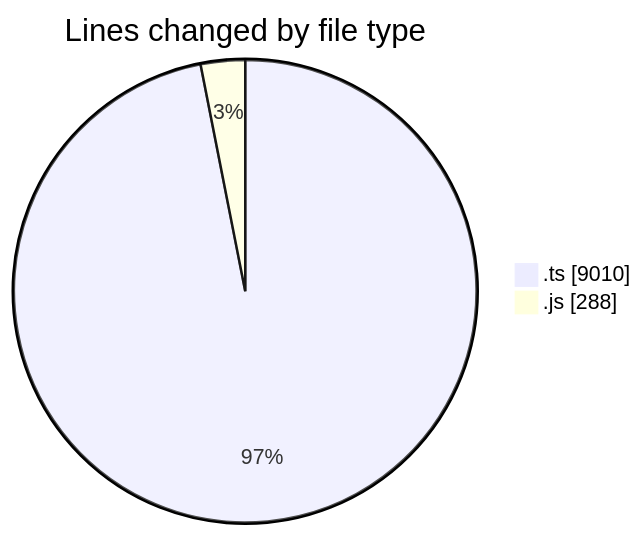
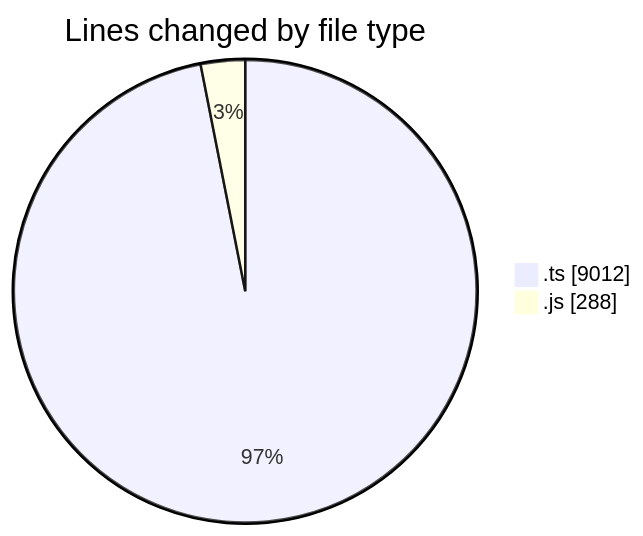
The first of 2 diagrams in 2025-05-28/cda/README.md (momahboobian/code-tracking), drawn with Mermaid before and after one commit. The commit also changed other lines of this file and 1 other file, not shown here.

````diff
--- a/2025-05-28/cda/README.md
+++ b/2025-05-28/cda/README.md
@@ -25,6 +25,6 @@
 ```mermaid
 pie showData
 title Lines changed by file type
-".ts" : 9010
+".ts" : 9012
 ".js" : 288
 ```
````
